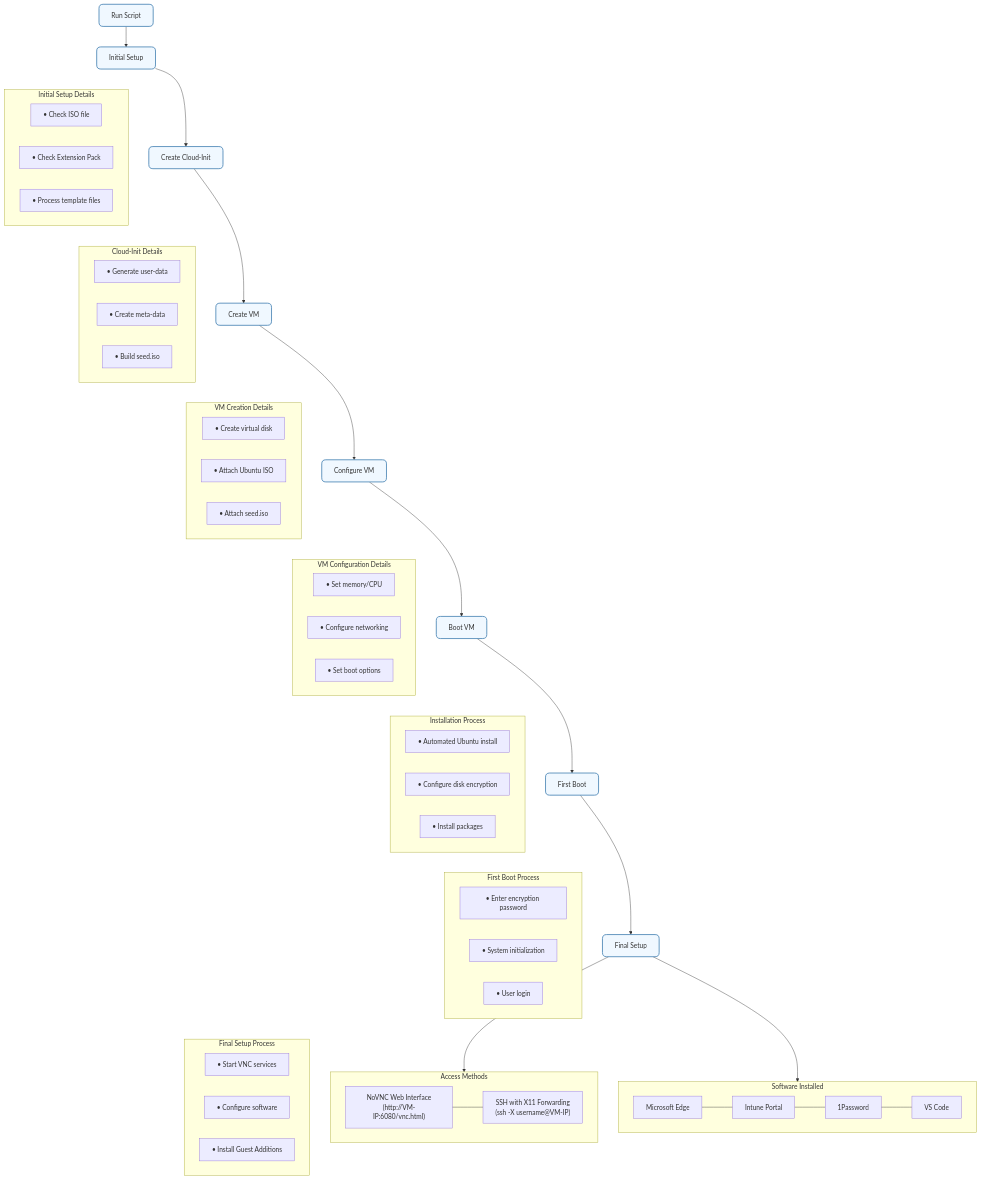
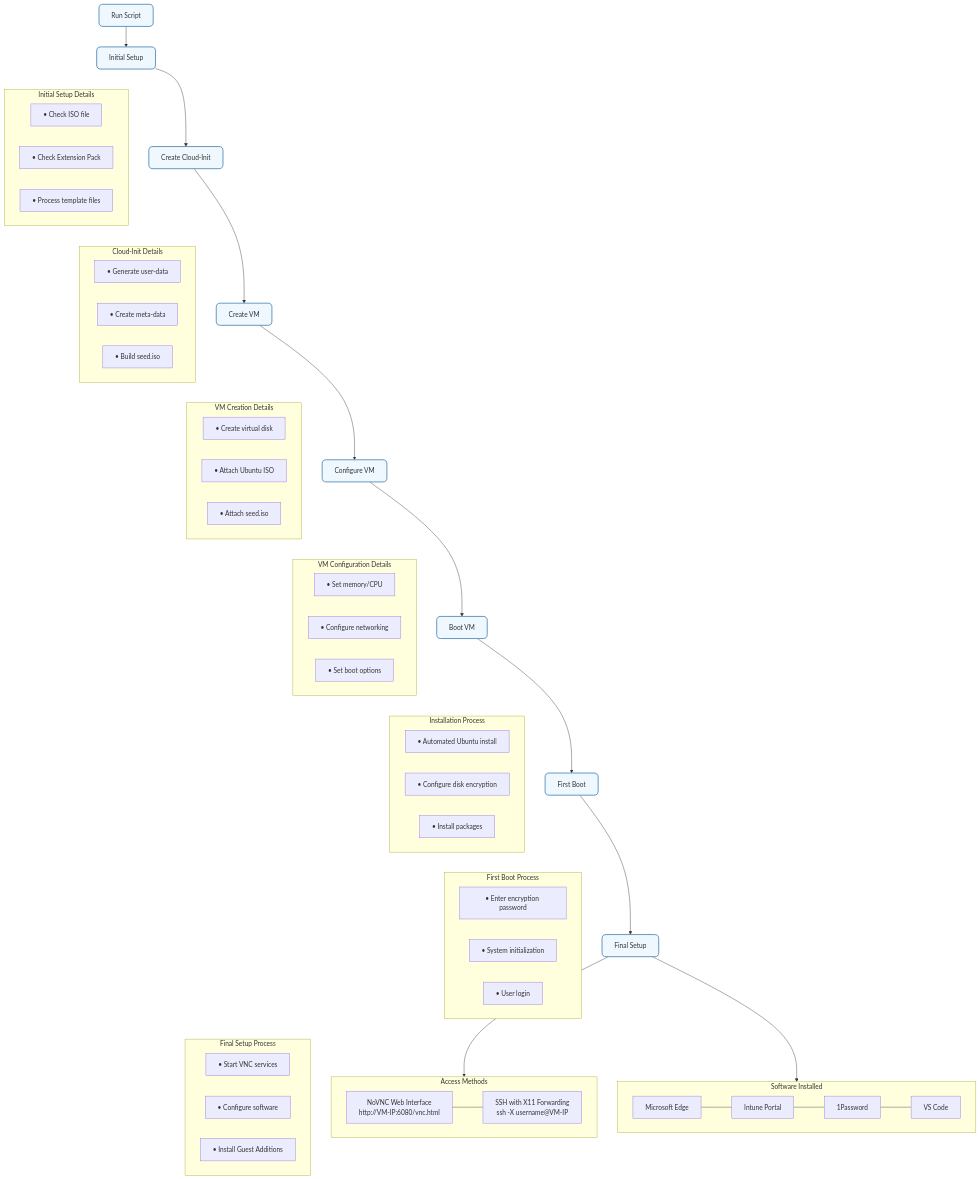
One commit to blik616287/intune_autoinstall changed the diagram in README.md. Above: the diagram before and after it, drawn with Mermaid.

Commit message:
forde-commit-1744408844

````diff
--- a/README.md
+++ b/README.md
@@ -76,75 +76,75 @@
 ```mermaid
 flowchart TD
     A["Run Script"] --> B["Initial Setup"]
     B --> C["Create Cloud-Init"]
     C --> D["Create VM"]
     D --> E["Configure VM"]
     E --> F["Boot VM"]
     F --> G["First Boot"]
     G --> H["Final Setup"]
     
     classDef processBox fill:#f0f8ff,stroke:#4682b4,stroke-width:2px,rx:10px,ry:10px;
     class A,B,C,D,E,F,G,H processBox;
     
     subgraph Init["Initial Setup Details"]
         B1["• Check ISO file"]
         B2["• Check Extension Pack"]
         B3["• Process template files"]
     end
     
     subgraph CloudInit["Cloud-Init Details"]
         C1["• Generate user-data"]
         C2["• Create meta-data"]
         C3["• Build seed.iso"]
     end
     
     subgraph VMCreate["VM Creation Details"]
         D1["• Create virtual disk"]
         D2["• Attach Ubuntu ISO"]
         D3["• Attach seed.iso"]
     end
     
     subgraph VMConfig["VM Configuration Details"]
         E1["• Set memory/CPU"]
         E2["• Configure networking"]
         E3["• Set boot options"]
     end
     
     subgraph Installation["Installation Process"]
         F1["• Automated Ubuntu install"]
         F2["• Configure disk encryption"]
         F3["• Install packages"]
     end
     
     subgraph Boot["First Boot Process"]
         G1["• Enter encryption password"]
         G2["• System initialization"]
         G3["• User login"]
     end
     
     subgraph Setup["Final Setup Process"]
         H1["• Start VNC services"]
         H2["• Configure software"]
         H3["• Install Guest Additions"]
     end
     
     subgraph Software["Software Installed"]
         direction LR
         I["Microsoft Edge"] --- J["Intune Portal"] --- K["1Password"] --- L["VS Code"]
     end
     
     subgraph Access["Access Methods"]
         direction LR
-        M["NoVNC Web Interface<br>(http://VM-IP:6080/vnc.html)"] --- N["SSH with X11 Forwarding<br>(ssh -X username@VM-IP)"]
+        M["NoVNC Web Interface<br>http://VM-IP:6080/vnc.html"] --- N["SSH with X11 Forwarding<br>ssh -X username@VM-IP"]
     end
     
     B ~~~ Init
     C ~~~ CloudInit
     D ~~~ VMCreate
     E ~~~ VMConfig
     F ~~~ Installation
     G ~~~ Boot
     H ~~~ Setup
     H --> Access
     H --> Software
 ```
````
